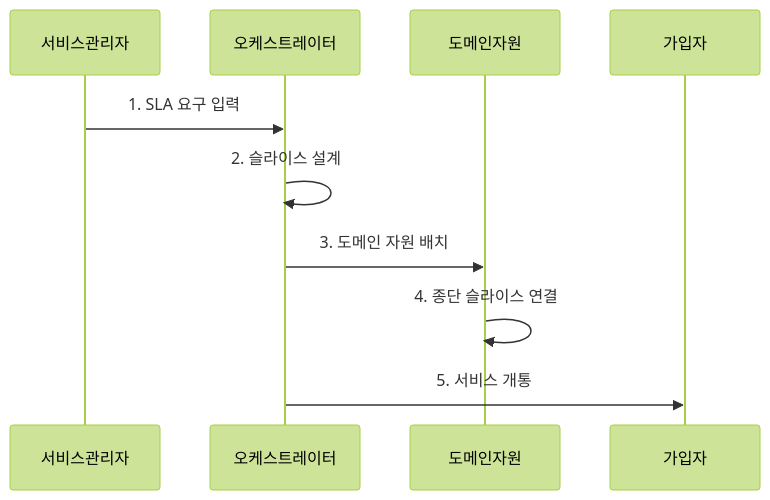
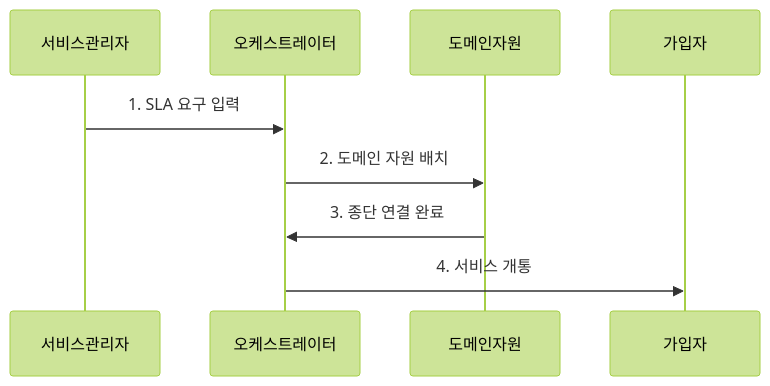
One commit to agnusdei1207/knowledge-base changed the second of 2 diagrams in src/content/docs/notes/04-network/039_5g_network_slicing.md. Above: the diagram before and after it, drawn with Mermaid (forest theme). The commit also changed other lines of this file and 122 other files, not shown here.

````diff
--- a/src/content/docs/notes/04-network/039_5g_network_slicing.md
+++ b/src/content/docs/notes/04-network/039_5g_network_slicing.md
@@ -78,12 +78,11 @@
 ```mermaid
 sequenceDiagram
     participant 서비스관리자
     participant 오케스트레이터
     participant 도메인자원
     participant 가입자
     서비스관리자->>오케스트레이터: 1. SLA 요구 입력
-    오케스트레이터->>오케스트레이터: 2. 슬라이스 설계
-    오케스트레이터->>도메인자원: 3. 도메인 자원 배치
-    도메인자원->>도메인자원: 4. 종단 슬라이스 연결
-    오케스트레이터->>가입자: 5. 서비스 개통
+    오케스트레이터->>도메인자원: 2. 도메인 자원 배치
+    도메인자원->>오케스트레이터: 3. 종단 연결 완료
+    오케스트레이터->>가입자: 4. 서비스 개통
 ```
````
